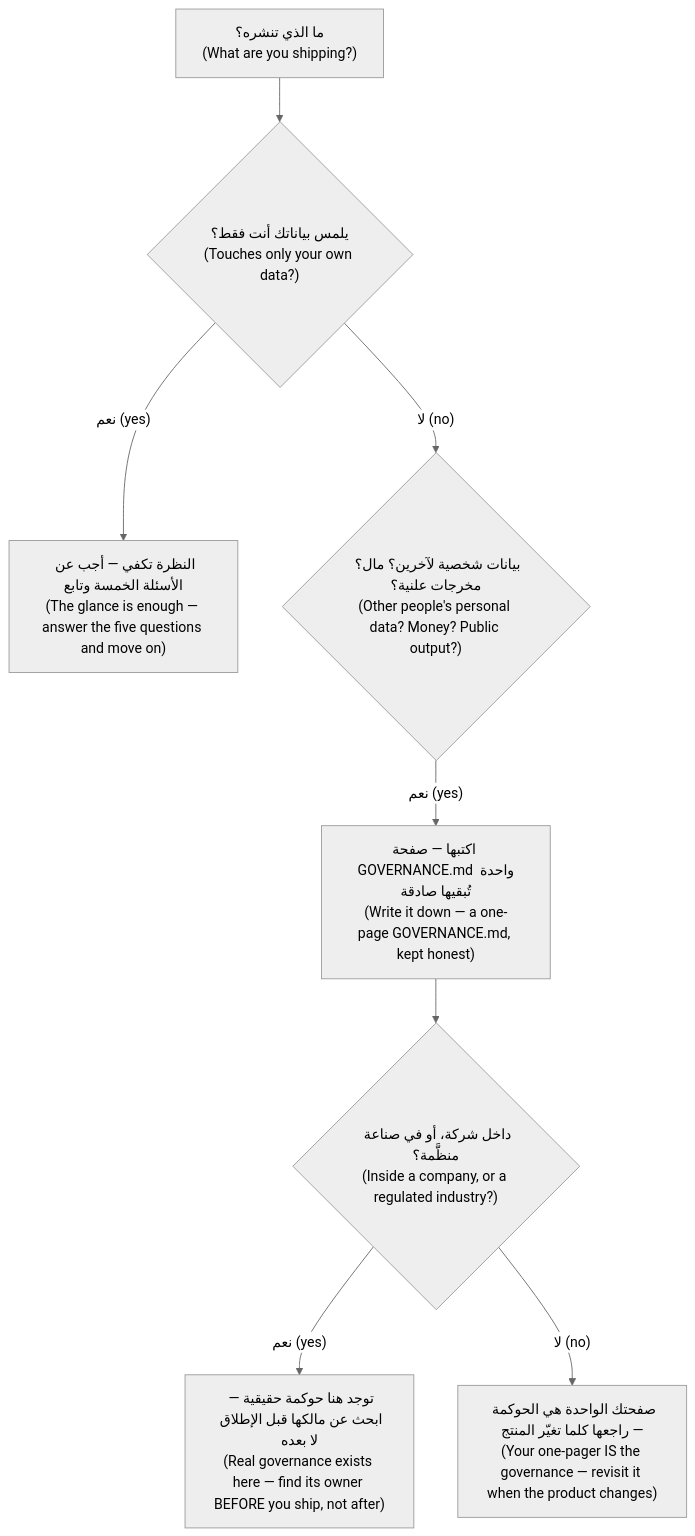
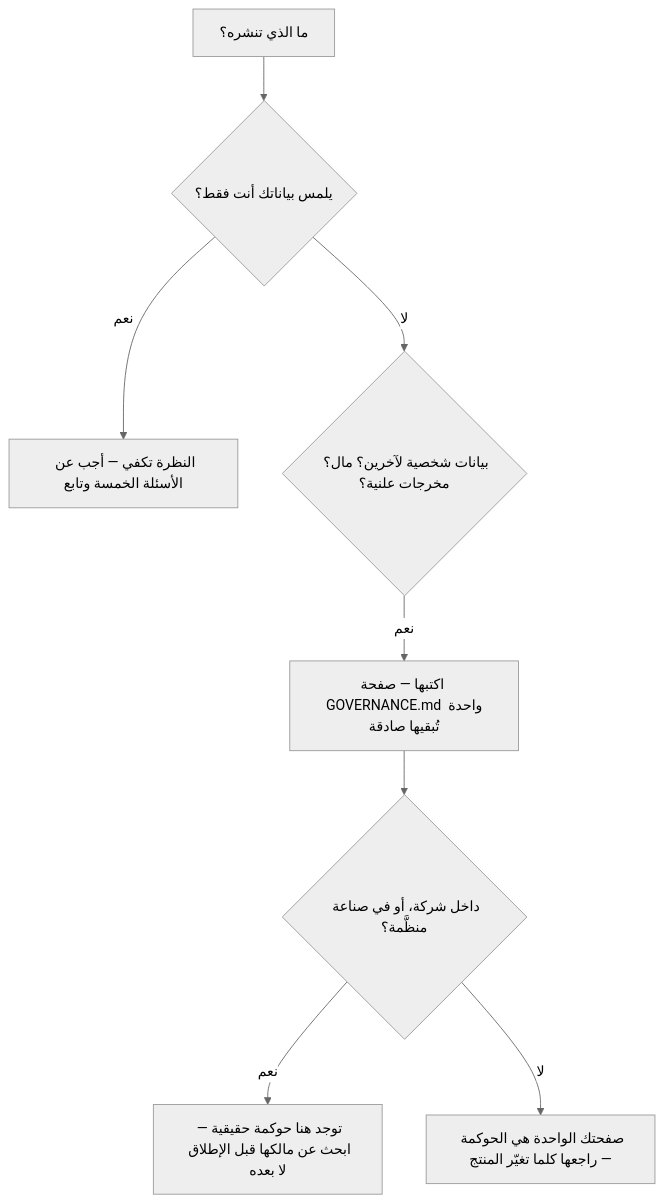
Before and after one commit to Tamoura/system-design-for-vibe-coders: the eighth of 8 diagrams in modules/09-directing-ai-team/module.ar.md, drawn with Mermaid (neutral theme). The commit also changed other lines of this file and 551 other files, not shown here.

````diff
--- a/modules/09-directing-ai-team/module.ar.md
+++ b/modules/09-directing-ai-team/module.ar.md
@@ -755,10 +757,10 @@
 ```mermaid
 flowchart TD
-    A["ما الذي تنشره؟<br/>(What are you shipping?)"] --> B{"يلمس بياناتك أنت فقط؟<br/>(Touches only your own data?)"}
-    B -- "نعم (yes)" --> G["النظرة تكفي — أجب عن الأسئلة الخمسة وتابع<br/>(The glance is enough — answer the five questions and move on)"]
-    B -- "لا (no)" --> C{"بيانات شخصية لآخرين؟ مال؟ مخرجات علنية؟<br/>(Other people's personal data? Money? Public output?)"}
-    C -- "نعم (yes)" --> D["اكتبها — صفحة GOVERNANCE.md واحدة تُبقيها صادقة<br/>(Write it down — a one-page GOVERNANCE.md, kept honest)"]
-    D --> E{"داخل شركة، أو في صناعة منظَّمة؟<br/>(Inside a company, or a regulated industry?)"}
-    E -- "نعم (yes)" --> F["توجد هنا حوكمة حقيقية — ابحث عن مالكها قبل الإطلاق لا بعده<br/>(Real governance exists here — find its owner BEFORE you ship, not after)"]
-    E -- "لا (no)" --> D2["صفحتك الواحدة هي الحوكمة — راجعها كلما تغيّر المنتج<br/>(Your one-pager IS the governance — revisit it when the product changes)"]
+    A["ما الذي تنشره؟"] --> B{"يلمس بياناتك أنت فقط؟"}
+    B -- "نعم" --> G["النظرة تكفي — أجب عن الأسئلة الخمسة وتابع"]
+    B -- "لا" --> C{"بيانات شخصية لآخرين؟ مال؟ مخرجات علنية؟"}
+    C -- "نعم" --> D["اكتبها — صفحة GOVERNANCE.md واحدة تُبقيها صادقة"]
+    D --> E{"داخل شركة، أو في صناعة منظَّمة؟"}
+    E -- "نعم" --> F["توجد هنا حوكمة حقيقية — ابحث عن مالكها قبل الإطلاق لا بعده"]
+    E -- "لا" --> D2["صفحتك الواحدة هي الحوكمة — راجعها كلما تغيّر المنتج"]
 ```
````
